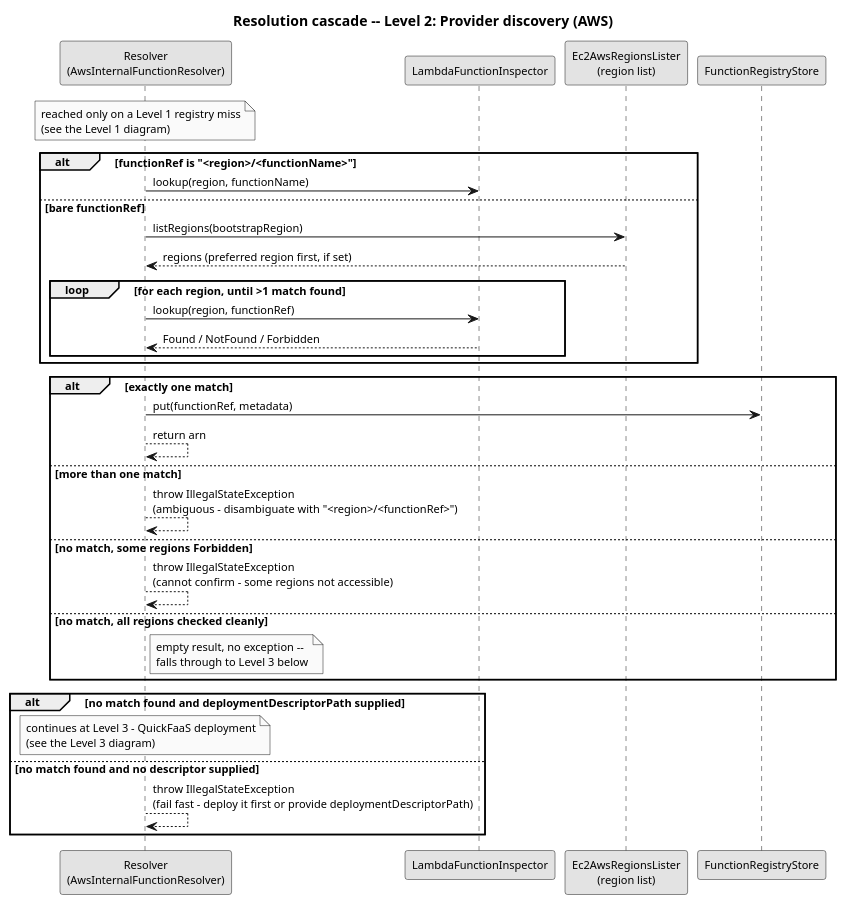
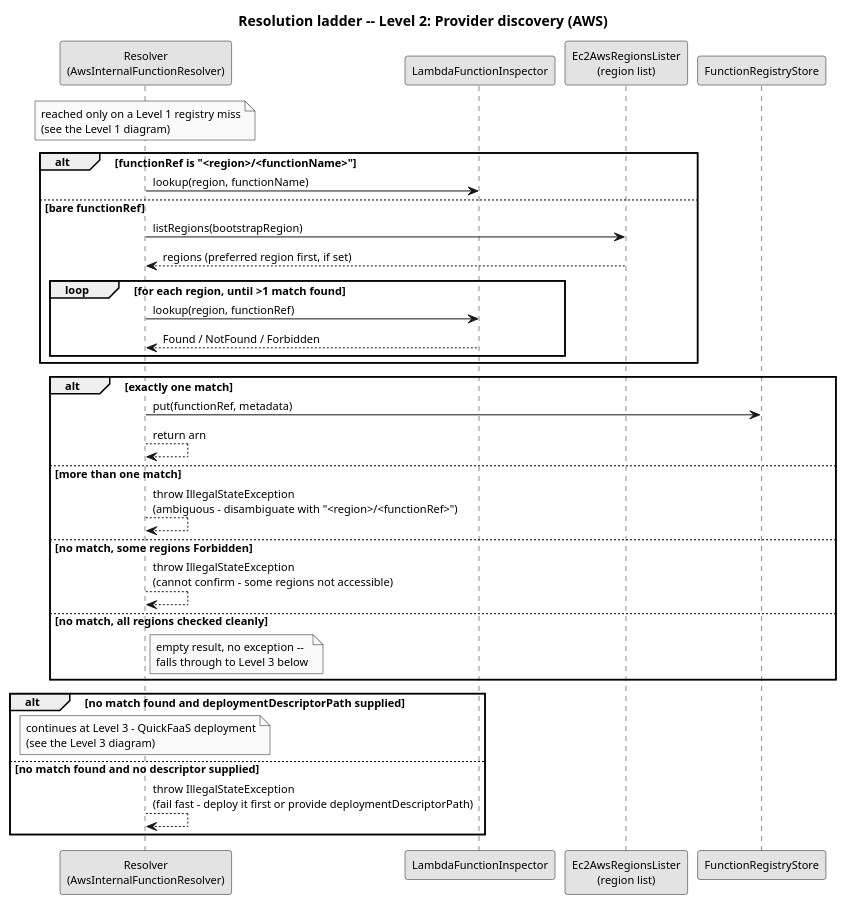
The diagram in diagrams/resolution-cascade-level2-aws.puml (EngenheiroPedroCarvalho/ISEL-Thesis-2526), drawn with PlantUML before and after one commit. The commit also changed 40 other files, not shown here.

```diff
--- a/diagrams/resolution-cascade-level2-aws.puml
+++ b/diagrams/resolution-cascade-level2-aws.puml
@@ -1,50 +1,50 @@
 @startuml resolution-cascade-level2-aws
 skinparam monochrome true
 skinparam shadowing false
 skinparam defaultFontSize 11
-title Resolution cascade -- Level 2: Provider discovery (AWS)
+title Resolution ladder -- Level 2: Provider discovery (AWS)
 
 participant "Resolver\n(AwsInternalFunctionResolver)" as R
 participant "LambdaFunctionInspector" as AI
 participant "Ec2AwsRegionsLister\n(region list)" as AL
 participant "FunctionRegistryStore" as REG
 
 note over R
   reached only on a Level 1 registry miss
   (see the Level 1 diagram)
 end note
 
 alt functionRef is "<region>/<functionName>"
   R -> AI : lookup(region, functionName)
 else bare functionRef
   R -> AL : listRegions(bootstrapRegion)
   AL --> R : regions (preferred region first, if set)
   loop for each region, until >1 match found
     R -> AI : lookup(region, functionRef)
     AI --> R : Found / NotFound / Forbidden
   end
 end
 
 alt exactly one match
   R -> REG : put(functionRef, metadata)
   R --> R : return arn
 else more than one match
   R --> R : throw IllegalStateException\n(ambiguous - disambiguate with "<region>/<functionRef>")
 else no match, some regions Forbidden
   R --> R : throw IllegalStateException\n(cannot confirm - some regions not accessible)
 else no match, all regions checked cleanly
   note right of R
     empty result, no exception --
     falls through to Level 3 below
   end note
 end
 
 alt no match found and deploymentDescriptorPath supplied
   note over R
     continues at Level 3 - QuickFaaS deployment
     (see the Level 3 diagram)
   end note
 else no match found and no descriptor supplied
   R --> R : throw IllegalStateException\n(fail fast - deploy it first or provide deploymentDescriptorPath)
 end
 @enduml
```
